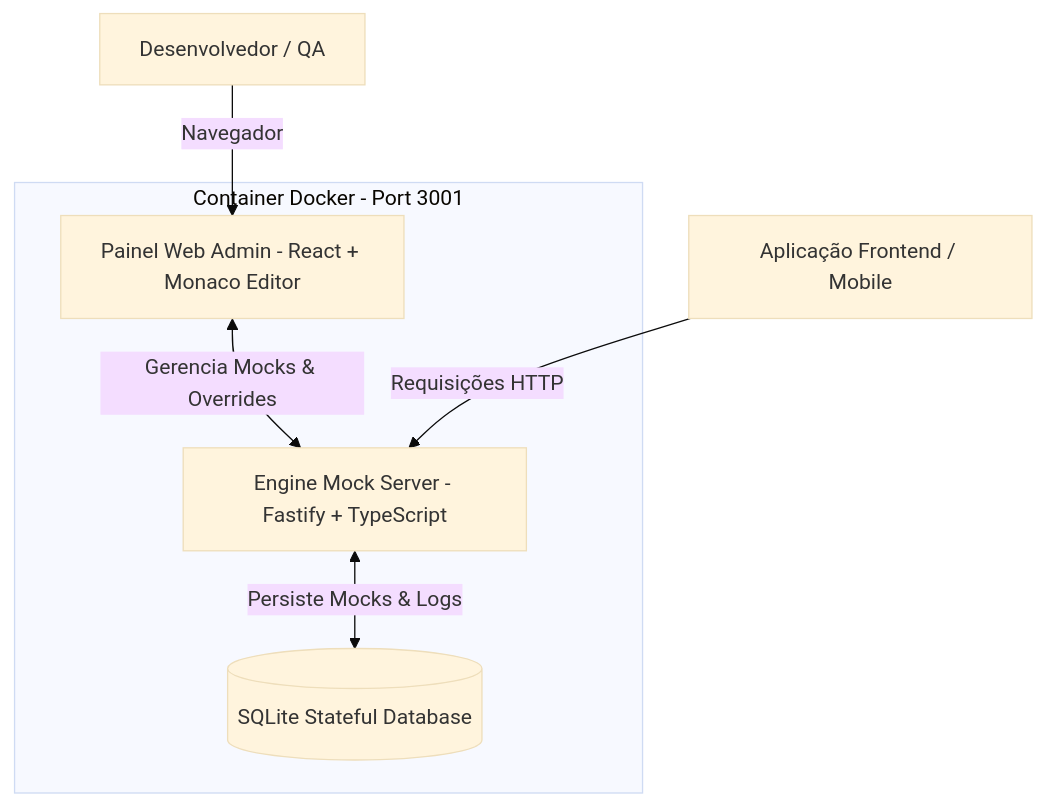
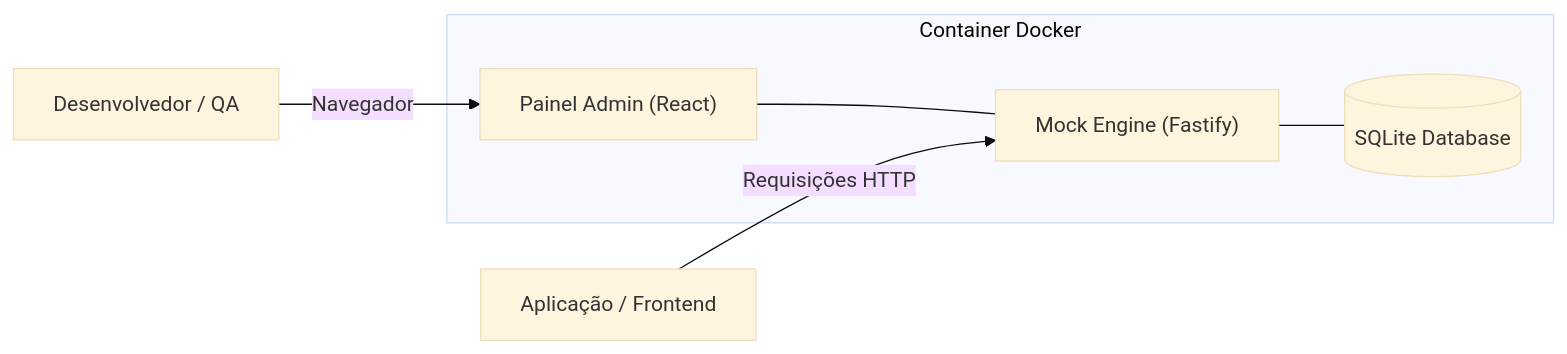
Before and after one commit to viniciusfurtado/mockforge: the diagram in WIKI.md, drawn with Mermaid (base theme). The commit also changed 2 other files, not shown here.

Commit message:
fix: simplify Mermaid architecture diagram syntax for GitHub

````diff
--- a/WIKI.md
+++ b/WIKI.md
@@ -30,14 +30,14 @@
 ```mermaid
-flowchart TD
-    subgraph Container [Container Docker - Port 3001]
-        UI[Painel Web Admin - React + Monaco Editor]
-        API[Engine Mock Server - Fastify + TypeScript]
-        DB[(SQLite Stateful Database)]
+graph LR
+    subgraph Docker["Container Docker"]
+        UI["Painel Admin (React)"]
+        API["Mock Engine (Fastify)"]
+        DB[("SQLite Database")]
         
-        UI <-->|Gerencia Mocks & Overrides| API
-        API <-->|Persiste Mocks & Logs| DB
+        UI --- API
+        API --- DB
     end
 
-    Dev[Desenvolvedor / QA] -->|Navegador| UI
-    App[Aplicação Frontend / Mobile] -->|Requisições HTTP| API
+    User["Desenvolvedor / QA"] -->|"Navegador"| UI
+    App["Aplicação / Frontend"] -->|"Requisições HTTP"| API
 ```
````
